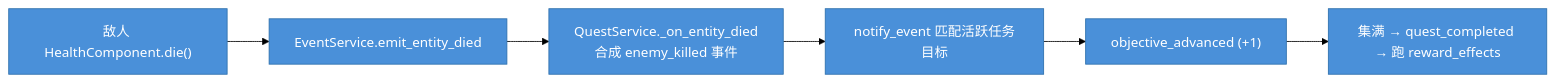
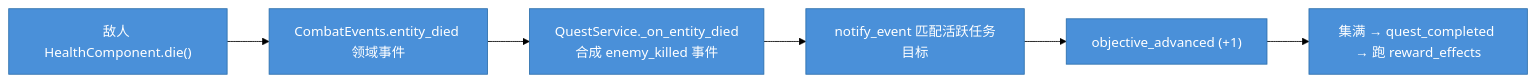
The diagram in docs/cookbook/10_quest.md (xiaofeiqiu/mkit), drawn with Mermaid (forest theme) before and after one commit. The commit also changed 116 other files, not shown here.

````diff
--- a/docs/cookbook/10_quest.md
+++ b/docs/cookbook/10_quest.md
@@ -25,11 +25,11 @@
 ```mermaid
 flowchart LR
     A["敌人 HealthComponent.die()"]:::mkitCore -->
-    B["EventService.emit_entity_died"]:::mkitCore -->
+    B["CombatEvents.entity_died 领域事件"]:::mkitCore -->
     C["QuestService._on_entity_died\n合成 enemy_killed 事件"]:::mkitCore -->
     D["notify_event 匹配活跃任务目标"]:::mkitCore -->
     E["objective_advanced (+1)"]:::mkitCore -->
     F["集满 → quest_completed → 跑 reward_effects"]:::mkitCore
 
     classDef mkitCore fill:#4A90D9,color:#fff,stroke:#2C6FAC
 ```
````
